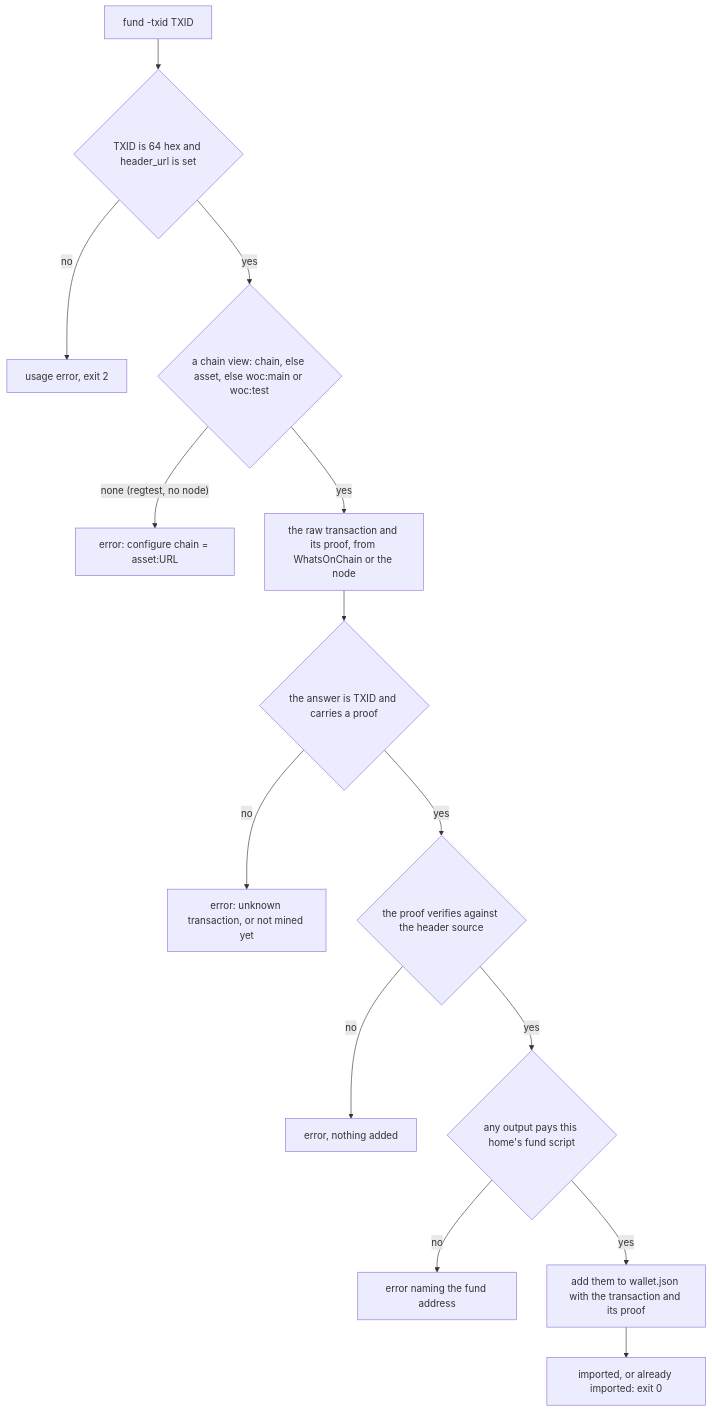
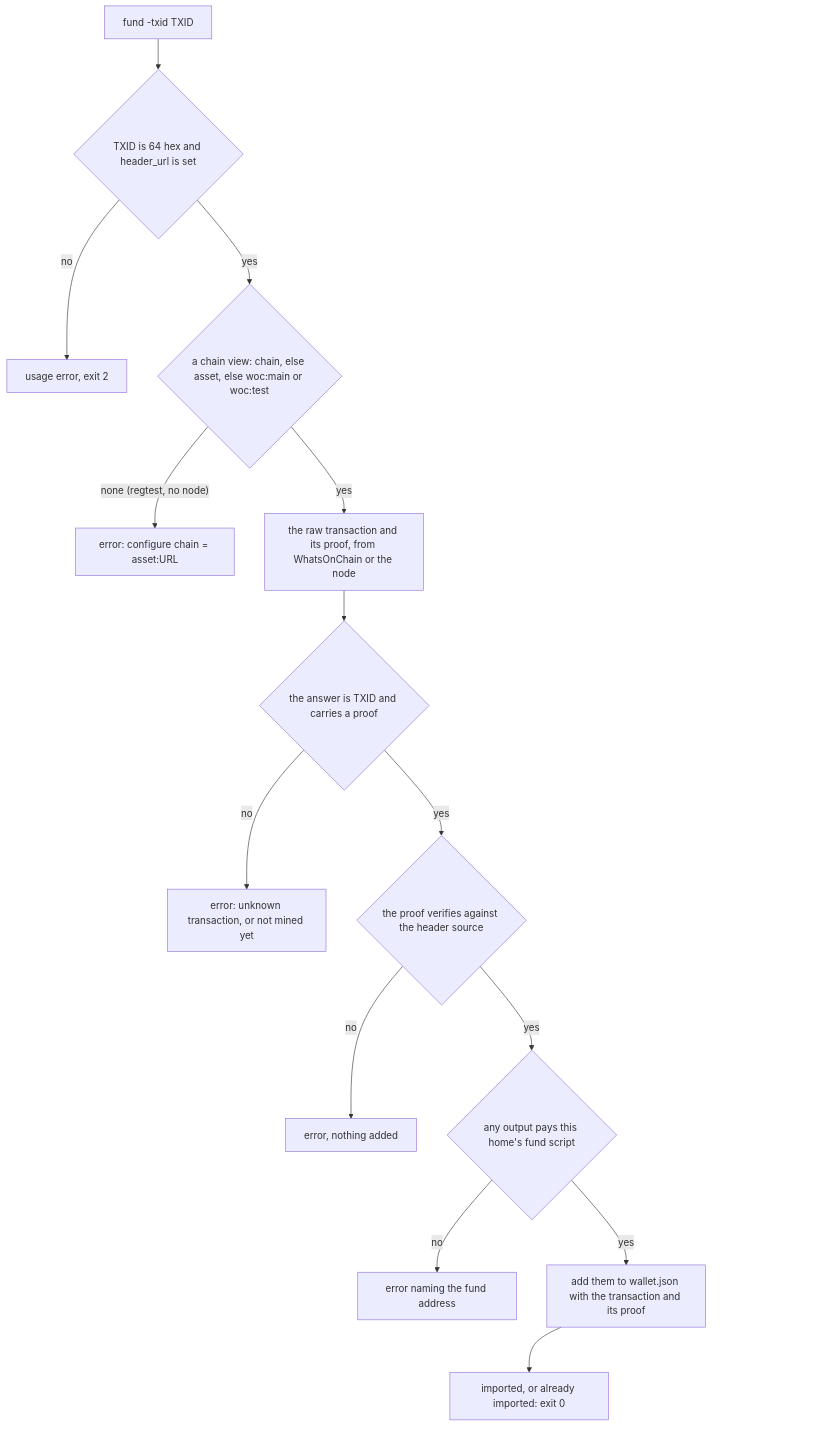
One commit to lightwebinc/bfinger changed the diagram in docs/owner-flow.md. Above: the diagram before and after it, drawn with Mermaid. The commit also changed 9 other files, not shown here.

First line of the commit message:
[Fix] diagrams: a spacer where the viewer's controls land

````diff
--- a/docs/owner-flow.md
+++ b/docs/owner-flow.md
@@ -58,16 +58,21 @@
 ```mermaid
 flowchart TD
   IN["fund -txid TXID"] --> V{"TXID is 64 hex and header_url is set"}
   V -->|"no"| U["usage error, exit 2"]
   V -->|"yes"| SRC{"a chain view: chain, else asset, else woc:main or woc:test"}
   SRC -->|"none (regtest, no node)"| E1["error: configure chain = asset:URL"]
   SRC -->|"yes"| VIEW["the raw transaction and its proof, from WhatsOnChain or the node"]
   VIEW --> ID{"the answer is TXID and carries a proof"}
   ID -->|"no"| E2["error: unknown transaction, or not mined yet"]
   ID -->|"yes"| PROOF{"the proof verifies against the header source"}
   PROOF -->|"no"| E3["error, nothing added"]
   PROOF -->|"yes"| OUTS{"any output pays this home's fund script"}
   OUTS -->|"no"| E4["error naming the fund address"]
   OUTS -->|"yes"| ADD["add them to wallet.json with the transaction and its proof"]
   ADD --> SAY["imported, or already imported: exit 0"]
+  %% The last node is an invisible spacer in the rightmost rank: the rendered
+  %% viewer places its zoom and pan controls over the bottom-right corner.
+  ADD ~~~ pad
+  pad["&nbsp;&nbsp;&nbsp;&nbsp;&nbsp;&nbsp;&nbsp;&nbsp;&nbsp;&nbsp;&nbsp;&nbsp;&nbsp;&nbsp;&nbsp;&nbsp;&nbsp;&nbsp;&nbsp;&nbsp;&nbsp;&nbsp;&nbsp;&nbsp;&nbsp;&nbsp;&nbsp;&nbsp;&nbsp;&nbsp;&nbsp;&nbsp;&nbsp;&nbsp;&nbsp;&nbsp;&nbsp;&nbsp;&nbsp;&nbsp;&nbsp;&nbsp;&nbsp;&nbsp;&nbsp;&nbsp;&nbsp;&nbsp;<br/>&nbsp;<br/>&nbsp;<br/>&nbsp;"]:::pad
+  classDef pad fill:none,stroke:none,color:transparent
 ```
````
